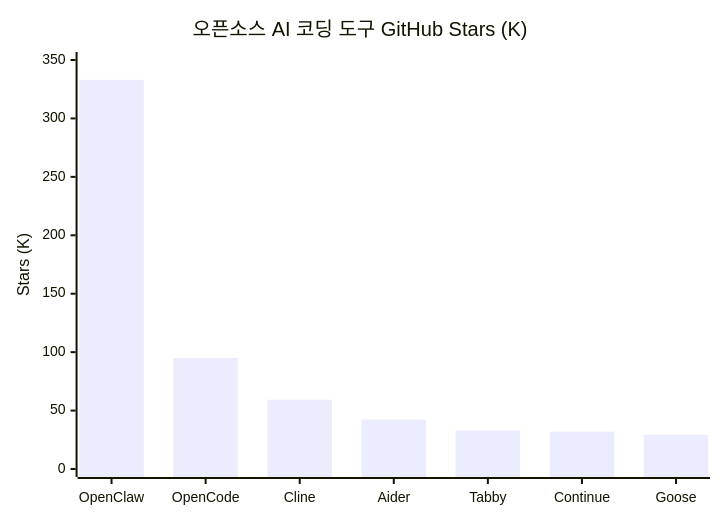
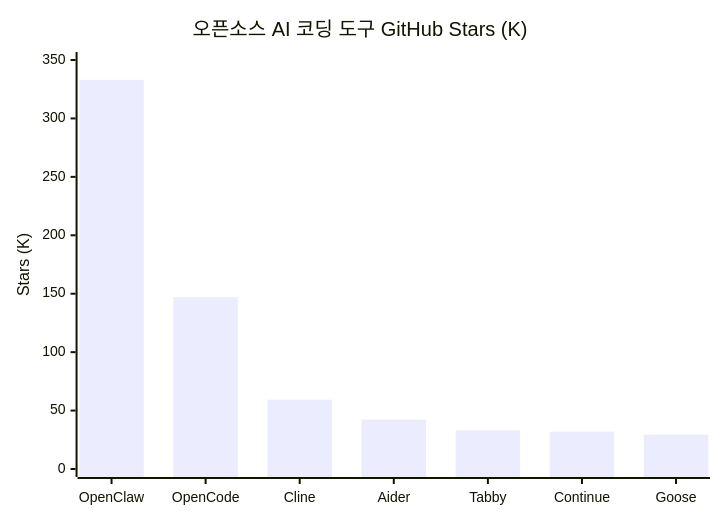
Before and after one commit to tykimos/ai-whatchelin: the sixth of 11 diagrams in README_ko.md, drawn with Mermaid. The commit also changed other lines of this file and 4 other files, not shown here.

````diff
--- a/README_ko.md
+++ b/README_ko.md
@@ -478,7 +518,7 @@
 ```mermaid
 xychart-beta
     title "오픈소스 AI 코딩 도구 GitHub Stars (K)"
     x-axis ["OpenClaw", "OpenCode", "Cline", "Aider", "Tabby", "Continue", "Goose"]
     y-axis "Stars (K)" 0 --> 350
-    bar [333, 95, 59.3, 42.3, 33, 32, 29.4]
+    bar [333, 147, 59.3, 42.3, 33, 32, 29.4]
 ```
````
